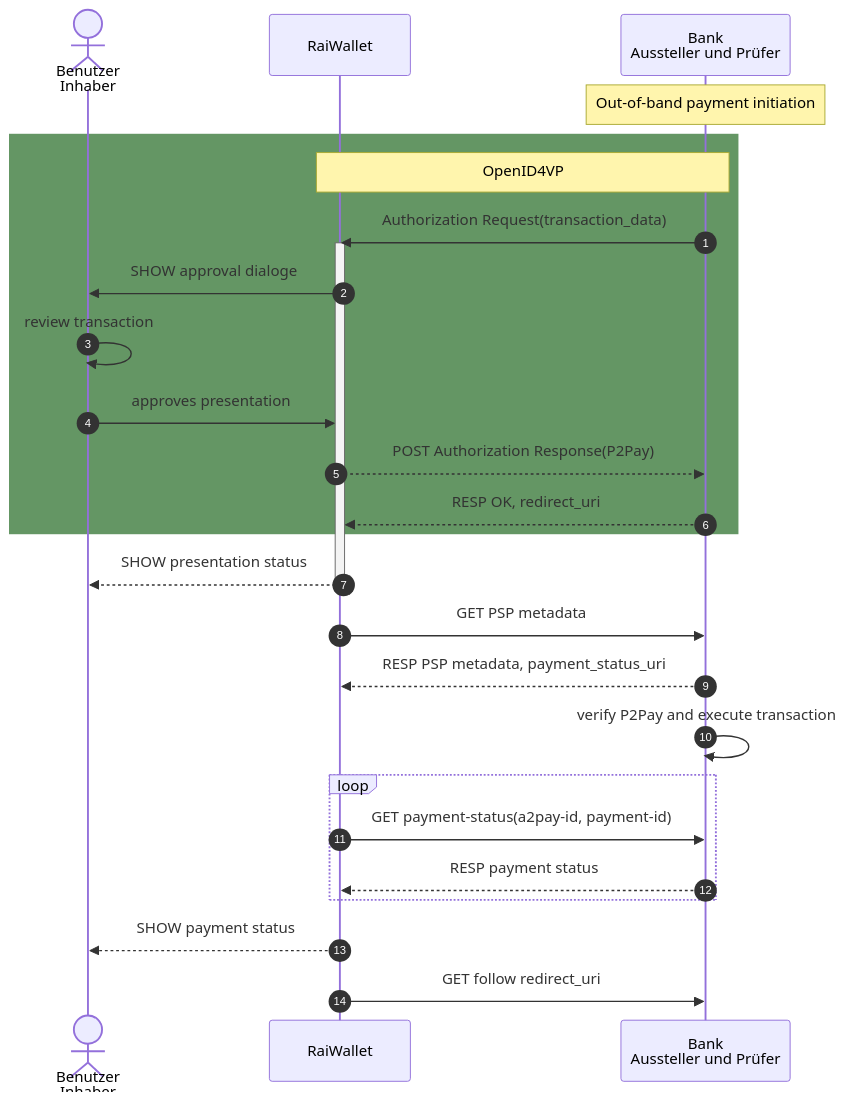
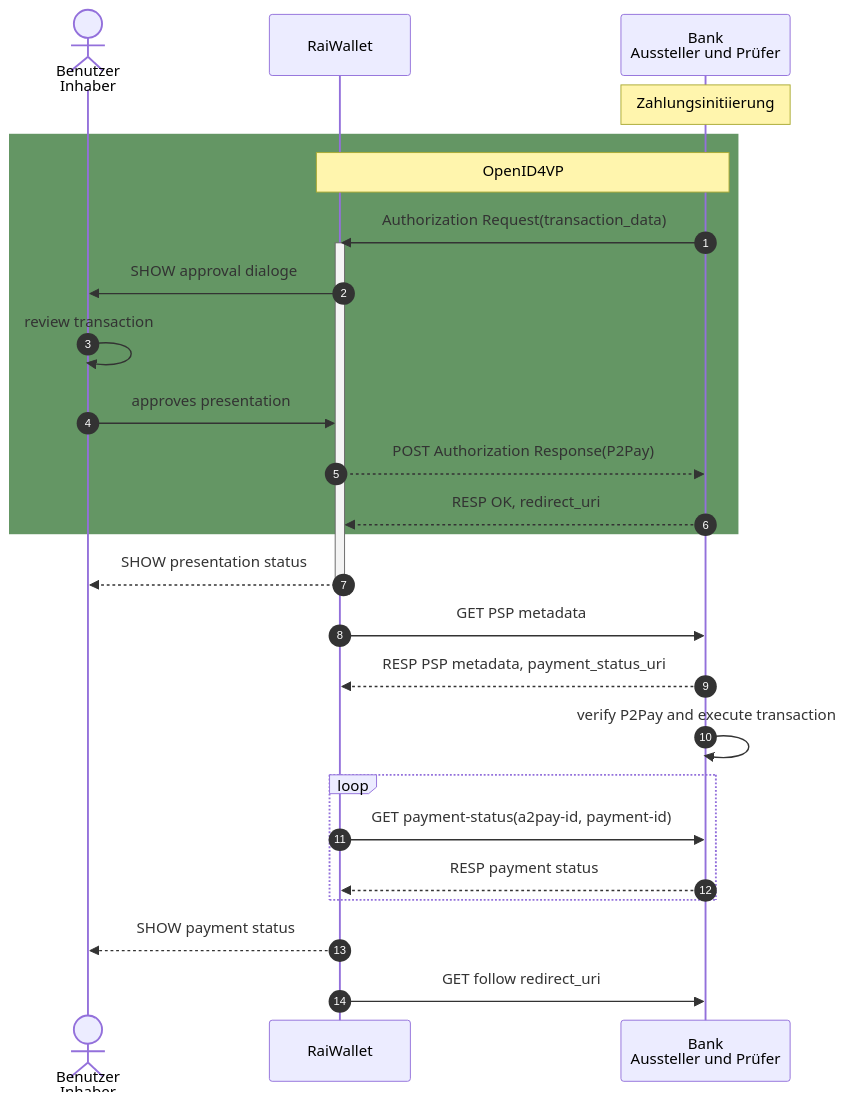
The diagram in readme.md (frogman/tomcat), drawn with Mermaid before and after one commit.

````diff
--- a/readme.md
+++ b/readme.md
@@ -1,33 +1,33 @@
 ```mermaid
 
 sequenceDiagram
     autonumber
     actor user as Benutzer<br/>Inhaber
     participant wallet as RaiWallet 
     participant psp as Bank<br/>Aussteller und Prüfer
 
-    Note over psp: Out-of-band payment initiation
+    Note over psp: Zahlungsinitiierung
     rect rgb(100, 150, 100)
     note over wallet, psp: OpenID4VP
     psp ->> wallet: Authorization Request(transaction_data)
     activate wallet
     wallet ->> user: SHOW approval dialoge
     user ->> user: review transaction
     user ->> wallet: approves presentation
     wallet -->> psp: POST Authorization Response(P2Pay)
     psp -->> wallet: RESP OK, redirect_uri
     end
     wallet -->> user: SHOW presentation status
     deactivate wallet
     wallet ->> psp: GET PSP metadata
     psp -->> wallet: RESP PSP metadata, payment_status_uri
     psp ->> psp: verify P2Pay and execute transaction
     loop
     wallet ->> psp: GET payment-status(a2pay-id, payment-id)
 
     psp -->> wallet: RESP payment status 
     end
     wallet -->> user: SHOW payment status
     wallet ->> psp: GET follow redirect_uri
 
 ```
````
